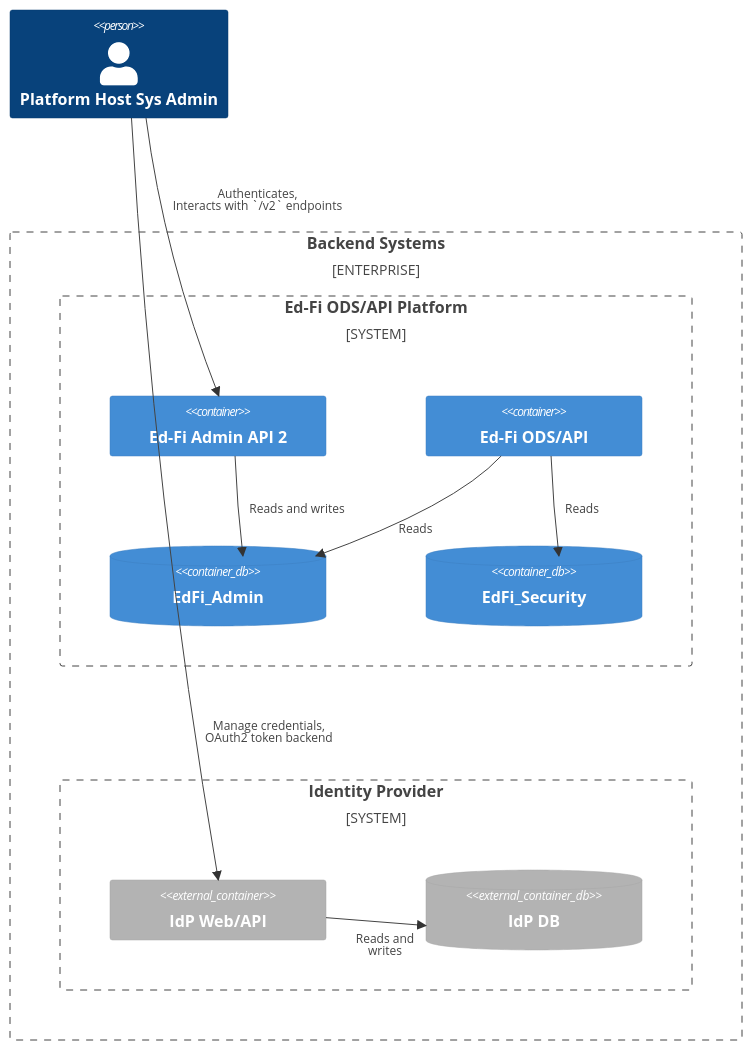
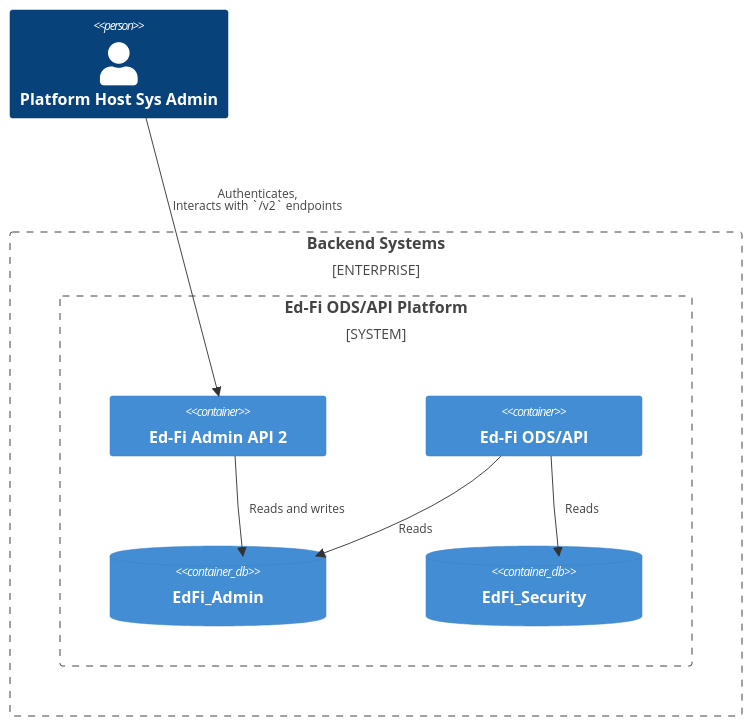
The fourth of 5 diagrams in docs/design/auth/README.md (Ed-Fi-Alliance-OSS/ODS-Admin-API), drawn with Mermaid before and after one commit. The commit also changed other lines of this file and 47 other files, not shown here.

````diff
--- a/docs/design/auth/README.md
+++ b/docs/design/auth/README.md
@@ -122,41 +110,30 @@
 ```mermaid
 C4Container
     Person(SysAdmin, "Platform Host Sys Admin")
 
     Enterprise_Boundary(backend, "Backend Systems") {
 
         System_Boundary(platform, "Ed-Fi ODS/API Platform") {
             Container(AdminApi, "Ed-Fi Admin API 2")
 
             Container(OdsApi, "Ed-Fi ODS/API")
             
             ContainerDb(Admin, "EdFi_Admin")
             ContainerDb(Security, "EdFi_Security")
         }
 
-        System_Boundary(keycloakBoundary, "Identity Provider") {
-            Container_Ext(IdpWeb, "IdP Web/API")
-            ContainerDb_Ext(IdpDb, "IdP DB")
-
-            Rel(IdpWeb, IdpDb, "Reads and<br />writes")
-            UpdateRelStyle(IdpWeb, IdpDb, $offsetX="-20", $offsetY="20")
-        }
-        
         Rel(SysAdmin, AdminApi, "Authenticates,<br />Interacts with `/v2` endpoints")
         UpdateRelStyle(SysAdmin, AdminApi, $offsetX="-10", $offsetY="-60")
         
         Rel(AdminApi, Admin, "Reads and writes")
         UpdateRelStyle(AdminApi, Admin, $offsetY="0", $offsetX="10")
 
         Rel(OdsApi, Admin, "Reads")
         UpdateRelStyle(OdsApi, Admin, $offsetY="20", $offsetX="-10")
 
         Rel(OdsApi, Security, "Reads")
         UpdateRelStyle(OdsApi, Security, $offsetY="0", $offsetX="10")
-
-        Rel(SysAdmin, IdpWeb, "Manage credentials,<br />OAuth2 token backend")
-        UpdateRelStyle(SysAdmin, IdpWeb, $offsetX="30", $offsetY="230")
     }
 
     UpdateLayoutConfig($c4ShapeInRow="2", $c4BoundaryInRow="1")
 ```
````
